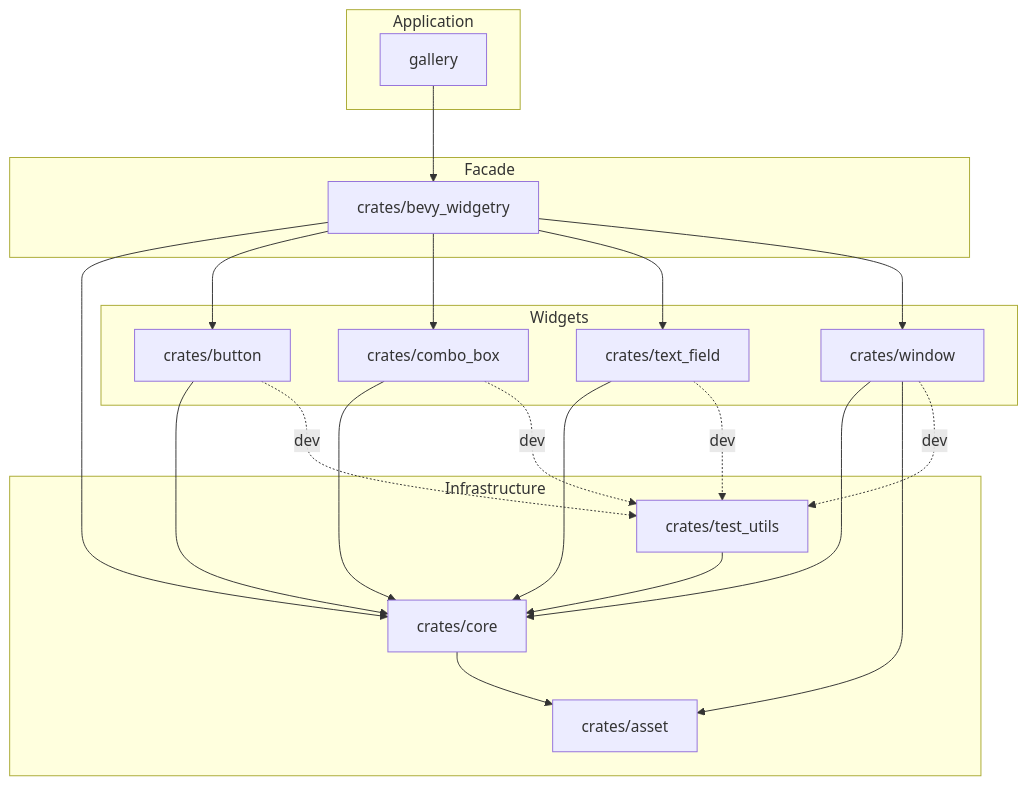
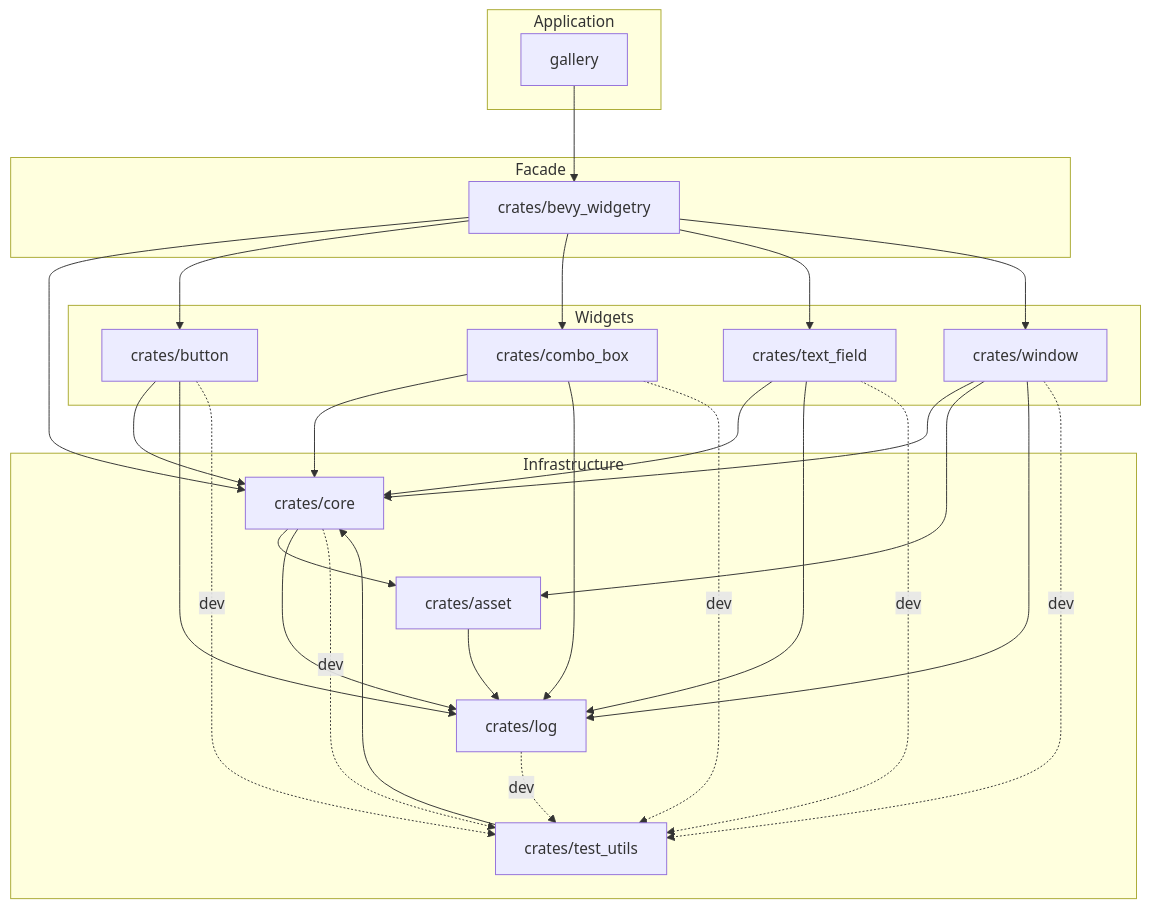
The diagram in docs/architecture.md (slc90/bevy_widgetry), drawn with Mermaid before and after one commit. The commit also changed other lines of this file and 43 other files, not shown here.

````diff
--- a/docs/architecture.md
+++ b/docs/architecture.md
@@ -84,45 +93,54 @@
 ```mermaid
 flowchart TD
     subgraph Application
         gallery["gallery"]
     end
 
     subgraph Facade
         widgetry["crates/bevy_widgetry"]
     end
 
     subgraph Widgets
         button["crates/button"]
         combo_box["crates/combo_box"]
         text_field["crates/text_field"]
         window["crates/window"]
     end
 
     subgraph Infrastructure
+        log["crates/log"]
         asset["crates/asset"]
         core["crates/core"]
         test_utils["crates/test_utils"]
     end
 
     gallery --> widgetry
 
     widgetry --> core
     widgetry --> button
     widgetry --> combo_box
     widgetry --> text_field
     widgetry --> window
 
     button --> core
     combo_box --> core
     text_field --> core
     window --> core
     window --> asset
     core --> asset
+    asset --> log
+    core --> log
+    button --> log
+    combo_box --> log
+    text_field --> log
+    window --> log
 
     test_utils --> core
 
+    log -. dev .-> test_utils
+    core -. dev .-> test_utils
     button -. dev .-> test_utils
     combo_box -. dev .-> test_utils
     text_field -. dev .-> test_utils
     window -. dev .-> test_utils
 ```
````
